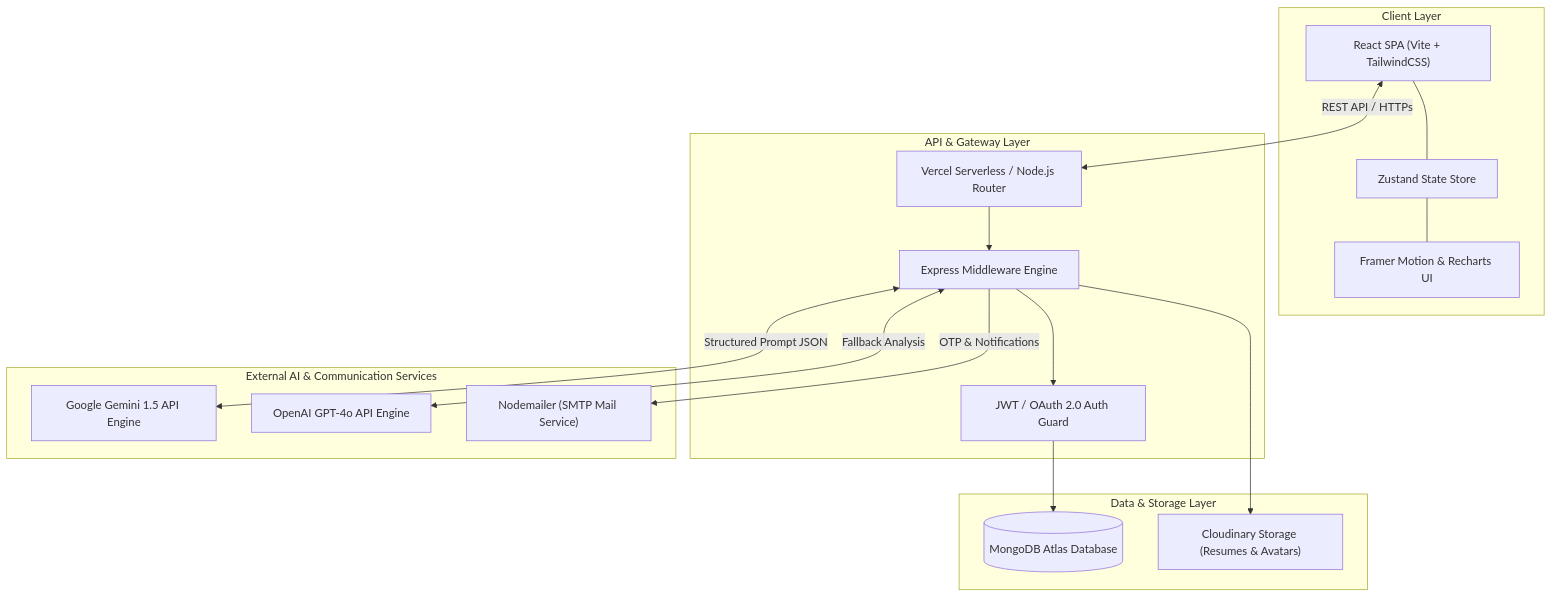
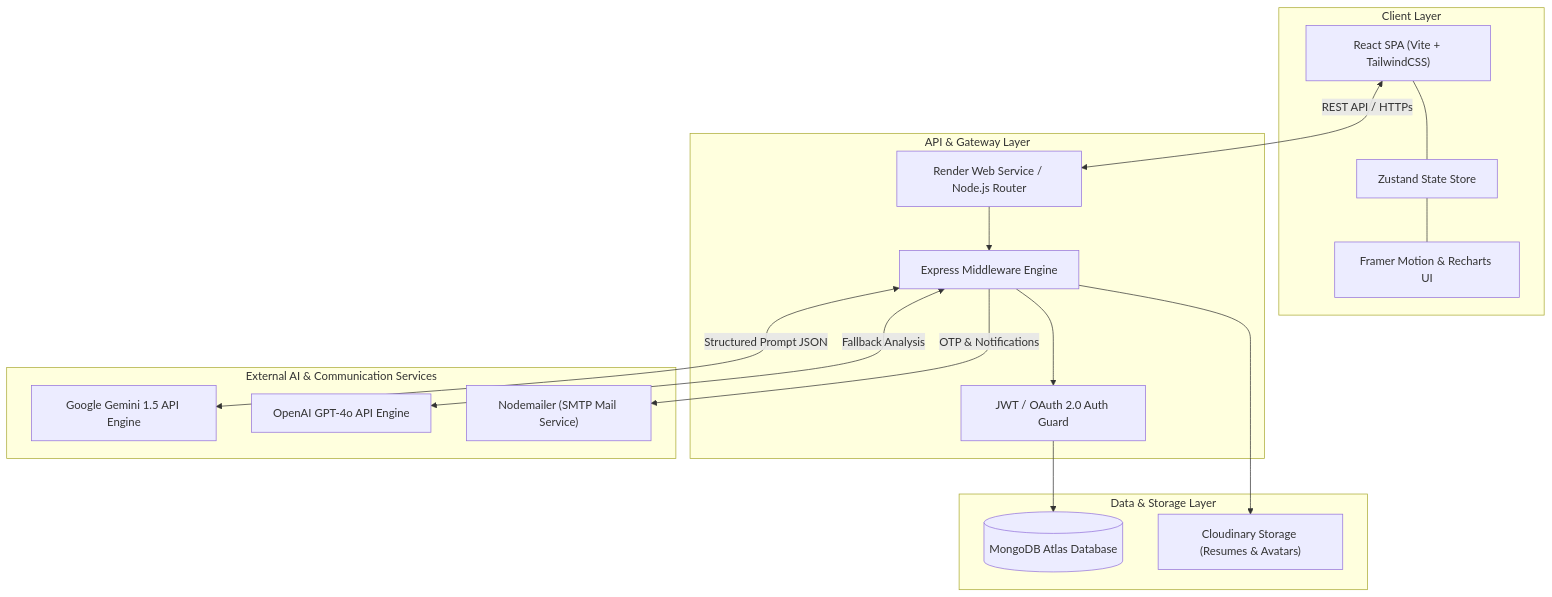
The first of 4 diagrams in README.md (sheetanshumohan/AI-Job-Portal), drawn with Mermaid before and after one commit. The commit also changed other lines of this file, not shown here.

Commit message:
docs: update live deployment URLs and specify Render backend hosting

````diff
--- a/README.md
+++ b/README.md
@@ -48,35 +49,35 @@
 ```mermaid
 graph TD
     subgraph Client Layer
         A["React SPA (Vite + TailwindCSS)"]
         B["Zustand State Store"]
         C["Framer Motion & Recharts UI"]
     end
 
     subgraph API & Gateway Layer
-        D["Vercel Serverless / Node.js Router"]
+        D["Render Web Service / Node.js Router"]
         E["Express Middleware Engine"]
         F["JWT / OAuth 2.0 Auth Guard"]
     end
 
     subgraph Data & Storage Layer
         G[("MongoDB Atlas Database")]
         H["Cloudinary Storage (Resumes & Avatars)"]
     end
 
     subgraph External AI & Communication Services
         I["Google Gemini 1.5 API Engine"]
         J["OpenAI GPT-4o API Engine"]
         K["Nodemailer (SMTP Mail Service)"]
     end
 
     A <-->|"REST API / HTTPs"| D
     A --- B
     B --- C
     D --> E --> F
     F --> G
     E --> H
     E <-->|"Structured Prompt JSON"| I
     E <-->|"Fallback Analysis"| J
     E -->|"OTP & Notifications"| K
 ```
````
